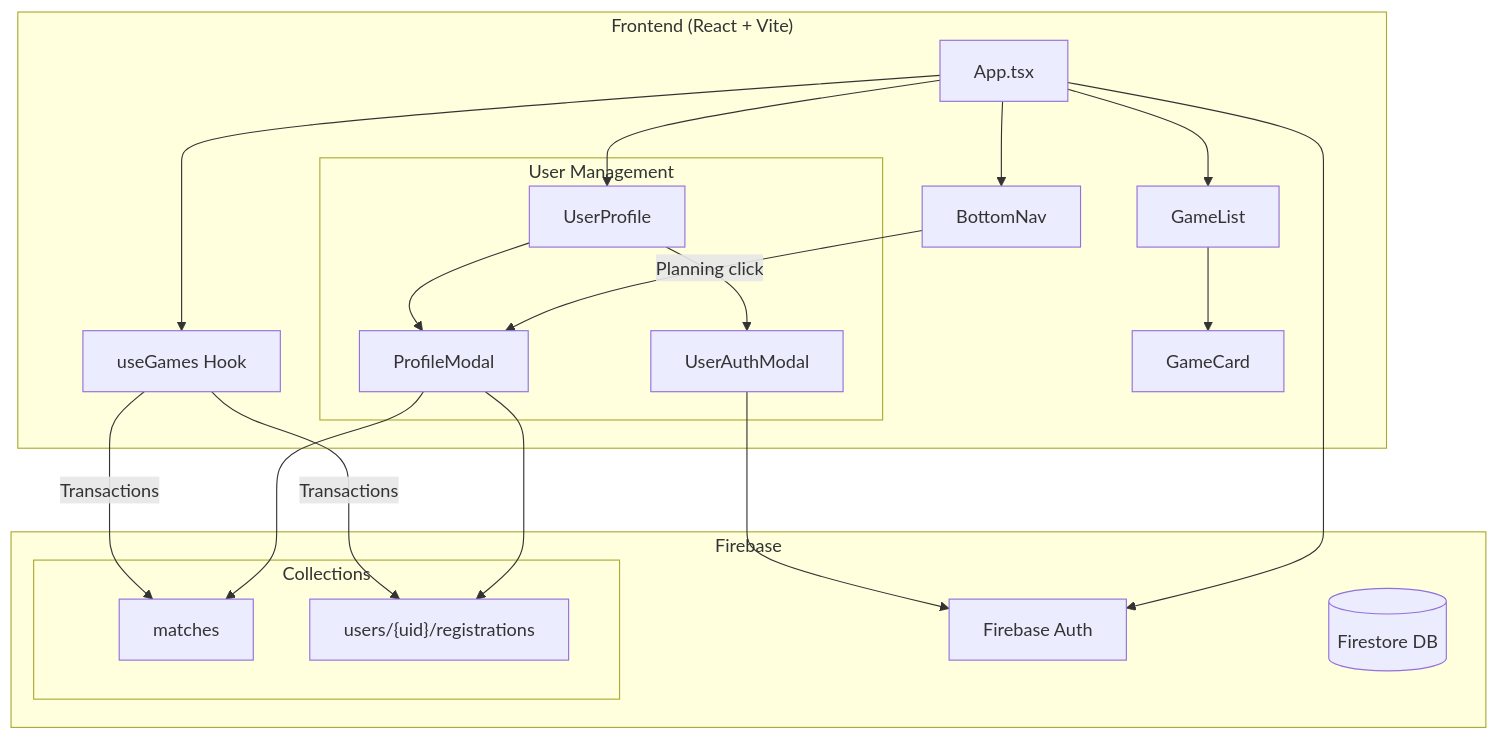
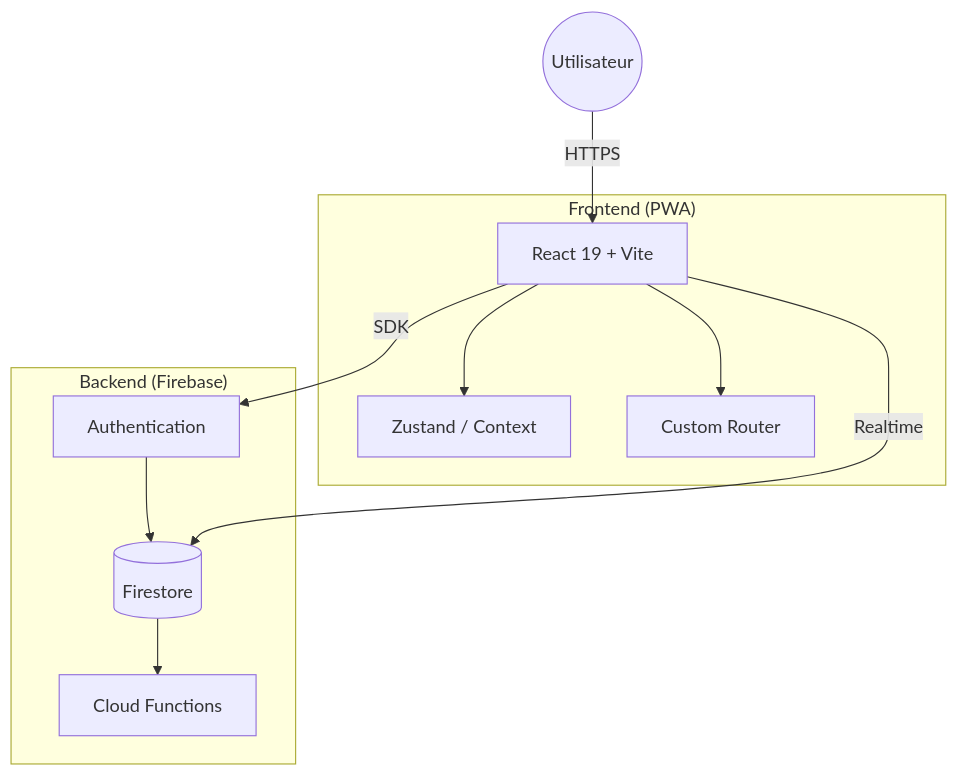
One commit to nickdesi/SCBA-Benevolat changed the diagram in README.md. Above: the diagram before and after it, drawn with Mermaid. The commit also changed other lines of this file and 13 other files, not shown here.

````diff
--- a/README.md
+++ b/README.md
@@ -13,43 +37,26 @@
 ```mermaid
-graph TB
-    subgraph "Frontend (React + Vite)"
-        App[App.tsx]
-        useGames[useGames Hook]
-        GameList[GameList]
-        GameCard[GameCard]
-        BottomNav[BottomNav]
+graph TD
+    User((Utilisateur))
+    
+    subgraph "Frontend (PWA)"
+        UI[React 19 + Vite]
+        Store[Zustand / Context]
+        Router[Custom Router]
         
-        subgraph "User Management"
-            UserProfile[UserProfile]
-            ProfileModal[ProfileModal]
-            UserAuthModal[UserAuthModal]
-        end
+        UI --> Store
+        UI --> Router
     end
     
-    subgraph "Firebase"
-        Auth[Firebase Auth]
-        Firestore[(Firestore DB)]
-        subgraph "Collections"
-            Matches[matches]
-            UserRegs["users/{uid}/registrations"]
-        end
+    subgraph "Backend (Firebase)"
+        Auth[Authentication]
+        DB[(Firestore)]
+        Functions[Cloud Functions]
+        
+        Auth --> DB
+        DB --> Functions
     end
     
-    App --> useGames
-    App --> GameList
-    App --> BottomNav
-    GameList --> GameCard
-    
-    App --> UserProfile
-    UserProfile --> UserAuthModal
-    UserProfile --> ProfileModal
-    BottomNav -->|"Planning click"| ProfileModal
-    
-    useGames -->|"Transactions"| Matches
-    useGames -->|"Transactions"| UserRegs
-    ProfileModal --> UserRegs
-    ProfileModal --> Matches
-    
-    UserAuthModal --> Auth
-    App --> Auth
+    User -->|HTTPS| UI
+    UI -->|SDK| Auth
+    UI -->|Realtime| DB
 ```
````
